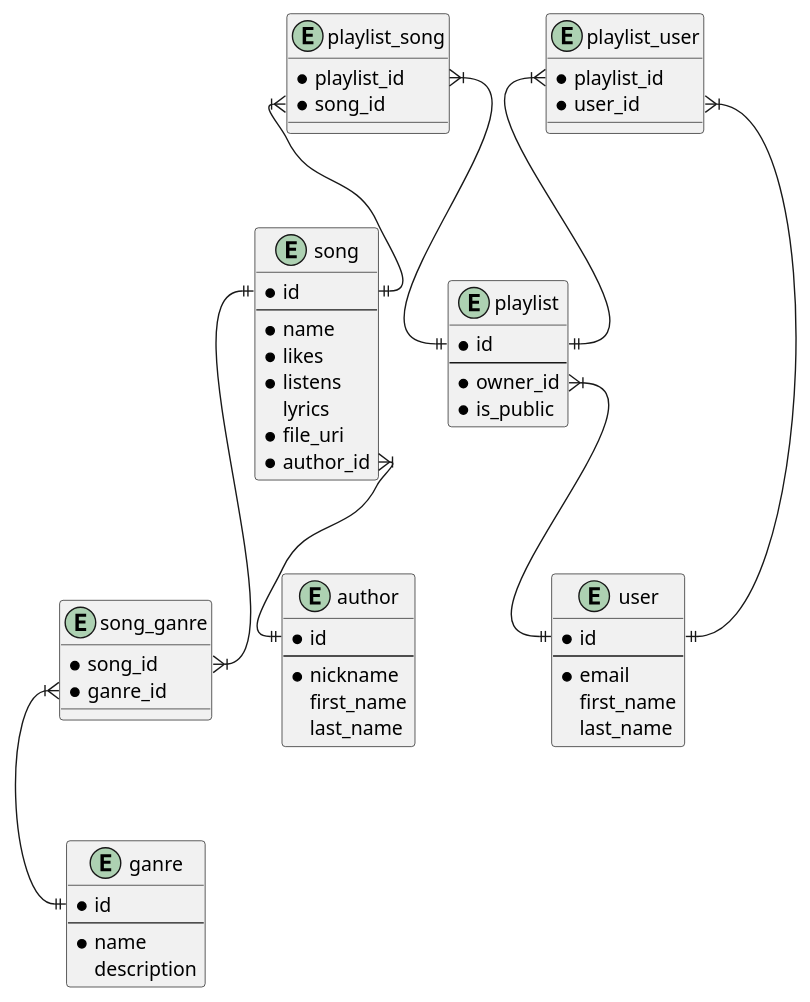
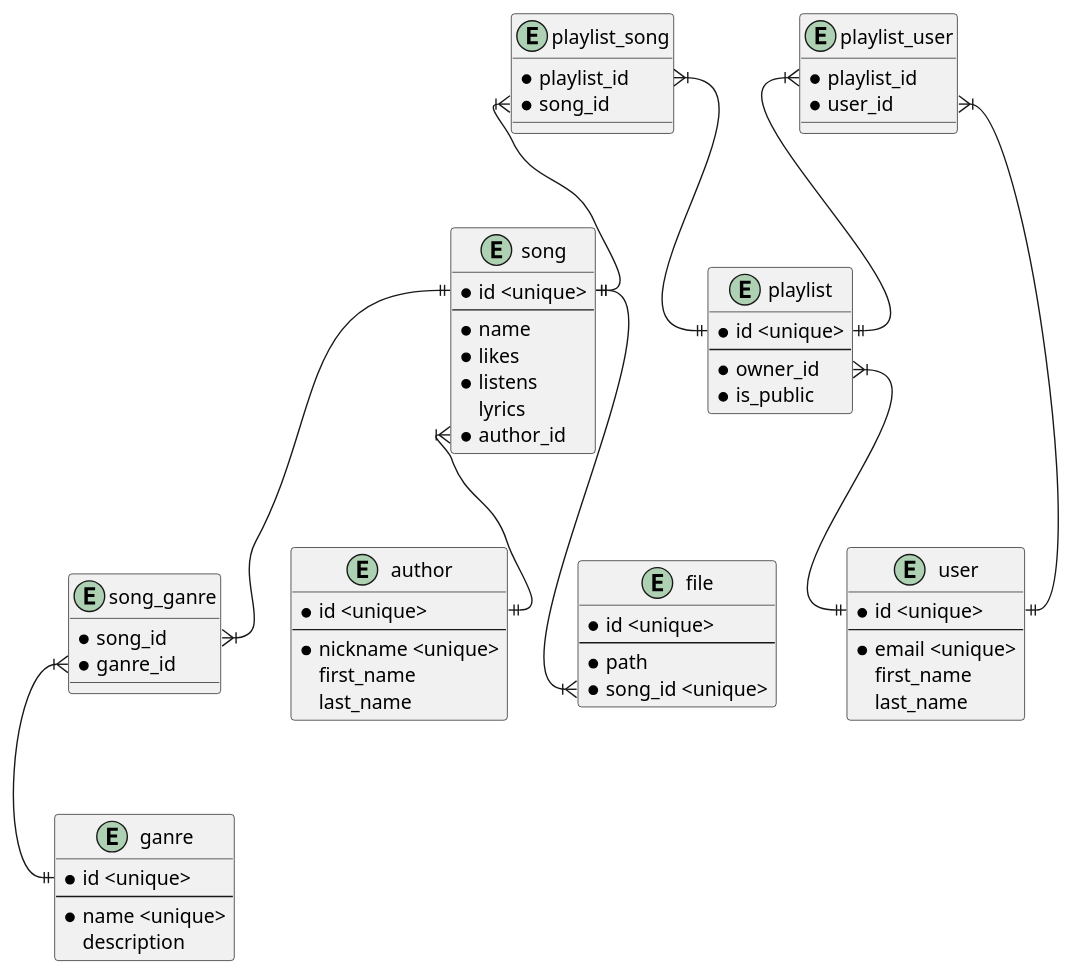
One commit to kiIIer/kpi-2 changed the diagram in db/lab/lab-1-27.09.2022/main.md. Above: the diagram before and after it, drawn with PlantUML.

````diff
--- a/db/lab/lab-1-27.09.2022/main.md
+++ b/db/lab/lab-1-27.09.2022/main.md
@@ -54,72 +54,80 @@
 ```plantuml
 
 @startuml
 
 entity song {
-    *id
+    *id <unique>
     --
     *name
     *likes
     *listens
     lyrics
-    *file_uri
+    ' *file_uri <unique>
     *author_id
 }
 
 entity song_ganre {
-    *song_id
+    *song_id 
     *ganre_id
 }
 
 entity ganre {
-    *id
+    *id <unique>
     --
-    *name
+    *name <unique>
     description
 }
 
 entity author{
-    *id
+    *id <unique>
     --
-    * nickname
+    * nickname <unique>
     first_name
     last_name
 }
 
 entity user{
-    *id
+    *id <unique>
     --
-    *email
+    *email <unique>
     first_name
     last_name
 }
 
 entity playlist{
-    *id
+    *id <unique>
     --
     *owner_id
     *is_public
 }
 
 entity playlist_song{
     *playlist_id
     *song_id
 }
 
 entity playlist_user{
     *playlist_id
     *user_id
 }
 
+entity file{
+    *id <unique>
+    --
+    *path
+    *song_id <unique>
+}
+
 song::id ||--|{ song_ganre::song_id
 song_ganre::ganre_id }|--|| ganre::id
 song::author_id }|--|| author::id
 playlist::owner_id }|--|| user::id
 playlist_song::playlist_id }|--|| playlist::id
 playlist_song::song_id }|--|| song::id
 playlist_user::playlist_id }|--|| playlist::id
 playlist_user::user_id }|--|| user::id
+song::id ||--|{ file::song_id
 
 
 @enduml
 ```
````
